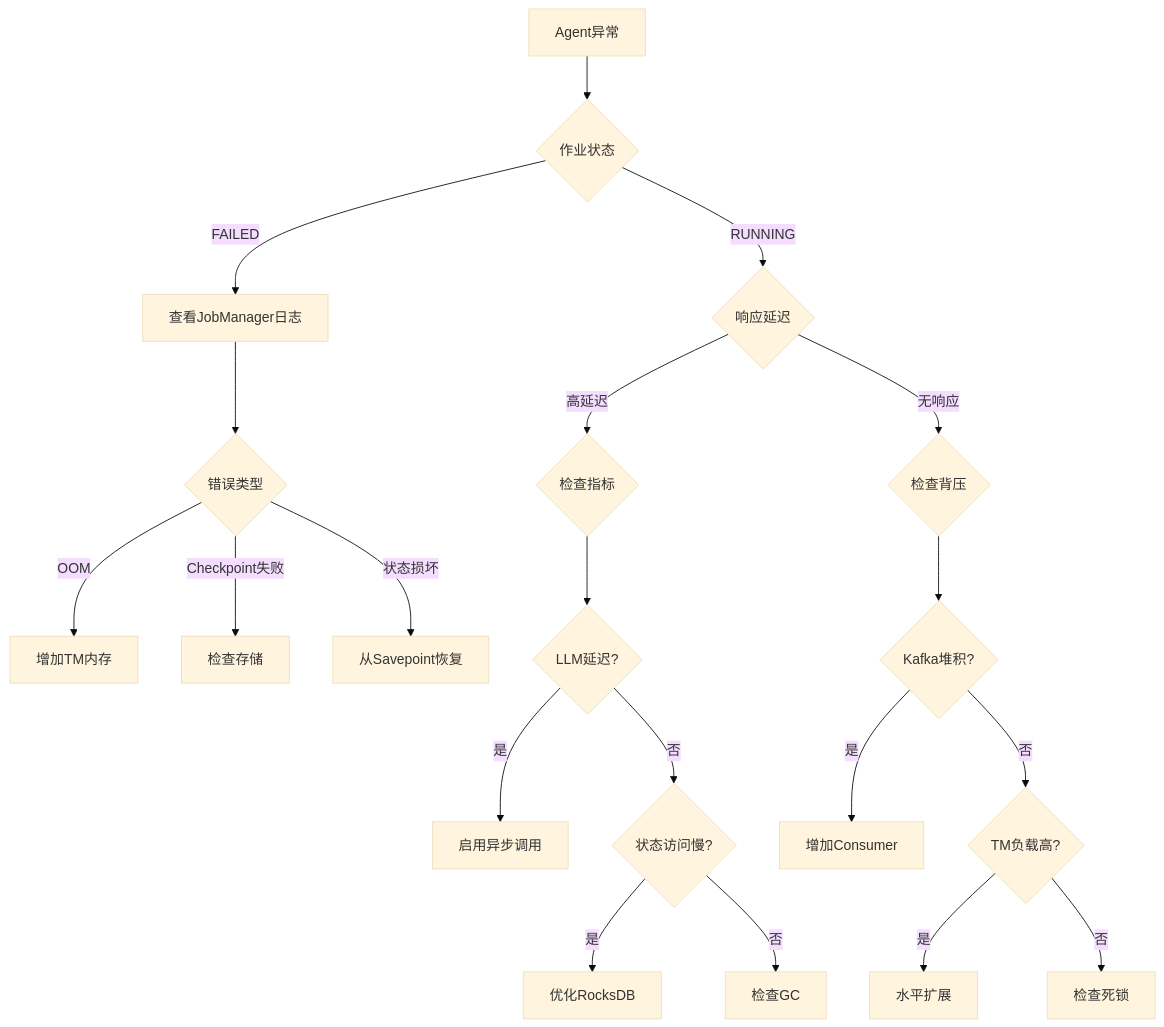
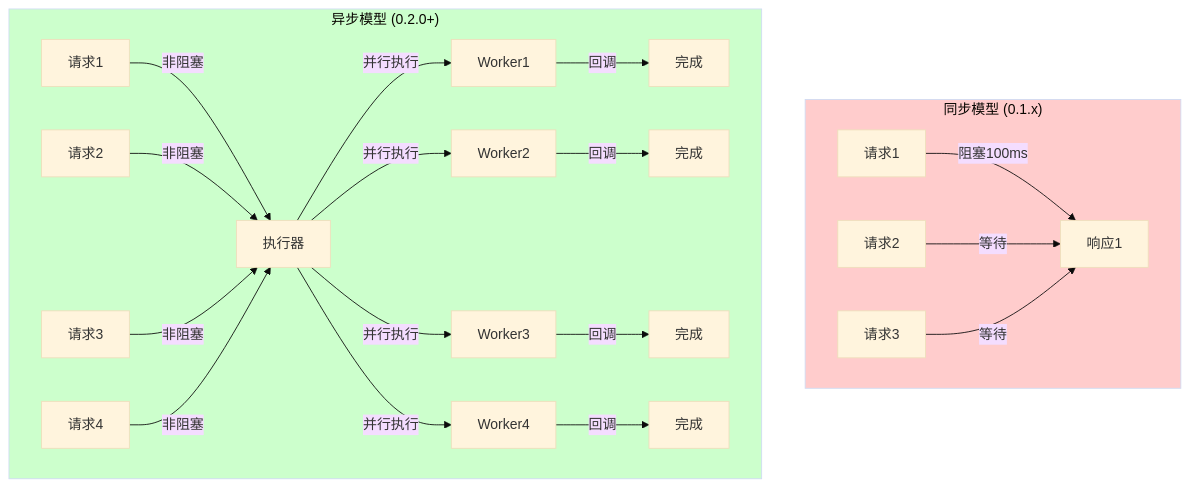
Before and after one commit to AdaMartin18010/AnalysisDataFlow: the sixth of 7 diagrams in Flink/06-ai-ml/flip-531-ai-agents-ga-guide.md, drawn with Mermaid (base theme). The commit also changed other lines of this file and 202 other files, not shown here.

````diff
--- a/Flink/06-ai-ml/flip-531-ai-agents-ga-guide.md
+++ b/Flink/06-ai-ml/flip-531-ai-agents-ga-guide.md
@@ -3476,28 +1186,28 @@
 ```mermaid
-flowchart TD
-    A[Agent异常] --> B{作业状态}
-    B -->|FAILED| C[查看JobManager日志]
-    B -->|RUNNING| D{响应延迟}
+graph TB
+    subgraph Sync["同步模型 (0.1.x)"]
+        S1[请求1] -->|阻塞100ms| R1[响应1]
+        S2[请求2] -->|等待| R1
+        S3[请求3] -->|等待| R1
+    end
 
-    C --> E{错误类型}
-    E -->|OOM| F[增加TM内存]
-    E -->|Checkpoint失败| G[检查存储]
-    E -->|状态损坏| H[从Savepoint恢复]
+    subgraph Async["异步模型 (0.2.0+)"]
+        A1[请求1] -->|非阻塞| E1[执行器]
+        A2[请求2] -->|非阻塞| E1
+        A3[请求3] -->|非阻塞| E1
+        A4[请求4] -->|非阻塞| E1
 
-    D -->|高延迟| I{检查指标}
-    D -->|无响应| J{检查背压}
+        E1 -->|并行执行| W1[Worker1]
+        E1 -->|并行执行| W2[Worker2]
+        E1 -->|并行执行| W3[Worker3]
+        E1 -->|并行执行| W4[Worker4]
 
-    I --> K{LLM延迟?}
-    K -->|是| L[启用异步调用]
-    K -->|否| M{状态访问慢?}
+        W1 -->|回调| C1[完成]
+        W2 -->|回调| C2[完成]
+        W3 -->|回调| C3[完成]
+        W4 -->|回调| C4[完成]
+    end
 
-    M -->|是| N[优化RocksDB]
-    M -->|否| O[检查GC]
-
-    J --> P{Kafka堆积?}
-    P -->|是| Q[增加Consumer]
-    P -->|否| R{TM负载高?}
-
-    R -->|是| S[水平扩展]
-    R -->|否| T[检查死锁]
+    style Sync fill:#ffcccc
+    style Async fill:#ccffcc
 ```
````
